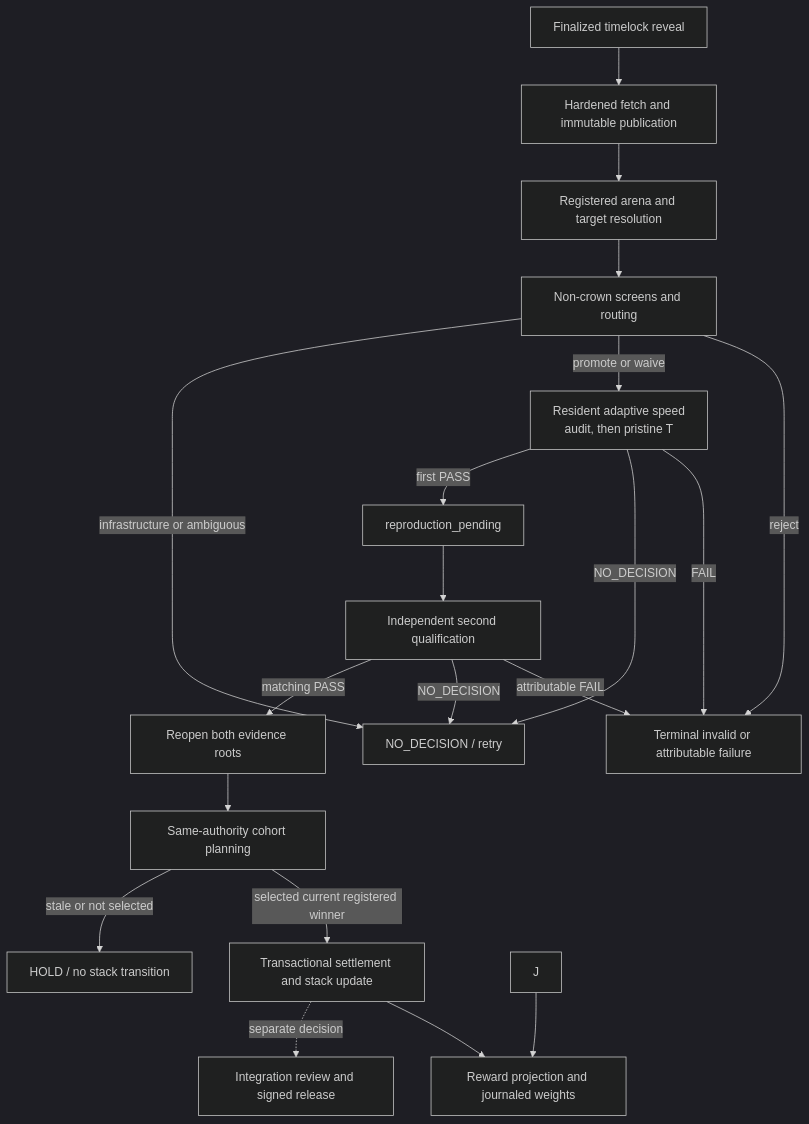
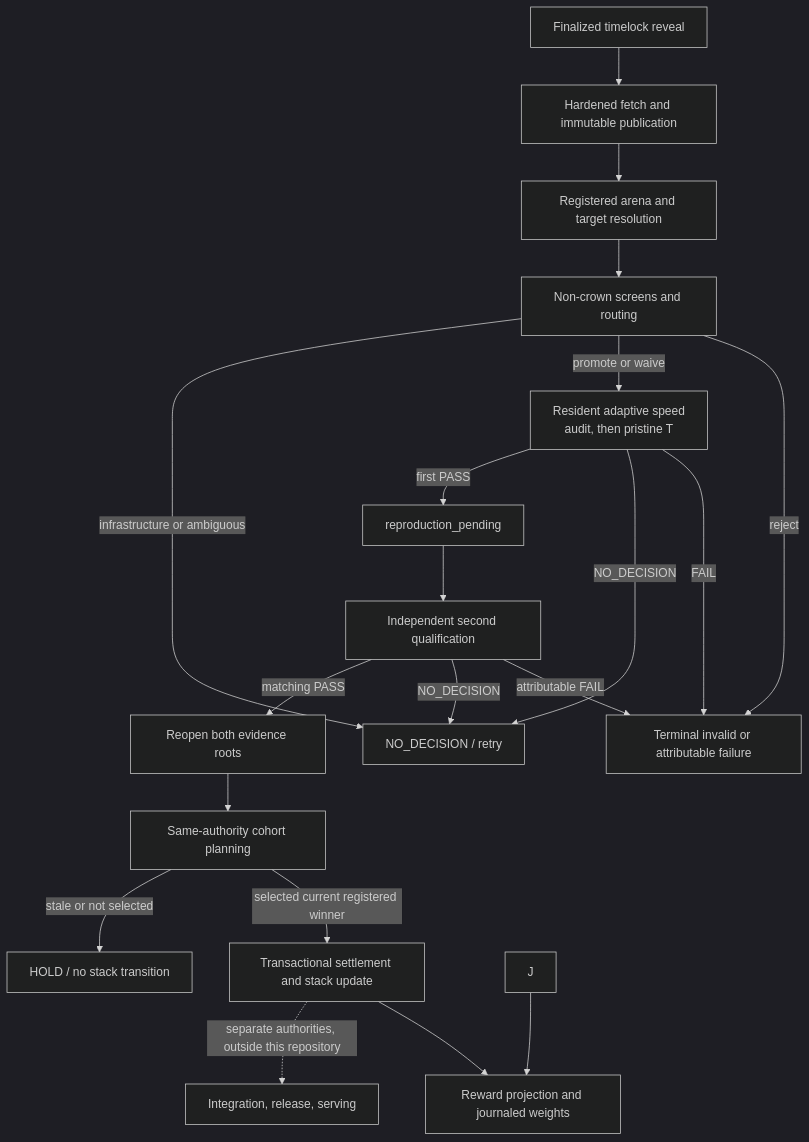
One commit to latent-to/cacheon changed the diagram in docs/architecture/pipeline.md. Above: the diagram before and after it, drawn with Mermaid (dark theme). The commit also changed other lines of this file and 34 other files, not shown here.

````diff
--- a/docs/architecture/pipeline.md
+++ b/docs/architecture/pipeline.md
@@ -34,22 +34,22 @@
 ```mermaid
 flowchart TD
     A["Finalized timelock reveal"] --> B["Hardened fetch and immutable publication"]
     B --> C["Registered arena and target resolution"]
     C --> D["Non-crown screens and routing"]
     D -->|"reject"| F["Terminal invalid or attributable failure"]
     D -->|"promote or waive"| Q["Resident adaptive speed<br/>audit, then pristine T"]
     D -->|"infrastructure or ambiguous"| N["NO_DECISION / retry"]
     Q -->|"FAIL"| F
     Q -->|"NO_DECISION"| N
     Q -->|"first PASS"| P["reproduction_pending"]
     P --> R["Independent second qualification"]
     R -->|"attributable FAIL"| F
     R -->|"NO_DECISION"| N
     R -->|"matching PASS"| S["Reopen both evidence roots"]
     S --> G["Same-authority cohort planning"]
     G -->|"selected current registered winner"| T["Transactional settlement and stack update"]
     G -->|"stale or not selected"| H["HOLD / no stack transition"]
     T --> W["Reward projection and journaled weights"]
     J --> W
-    T -. "separate decision" .-> I["Integration review and signed release"]
+    T -. "separate authorities, outside this repository" .-> I["Integration, release, serving"]
 ```
````
